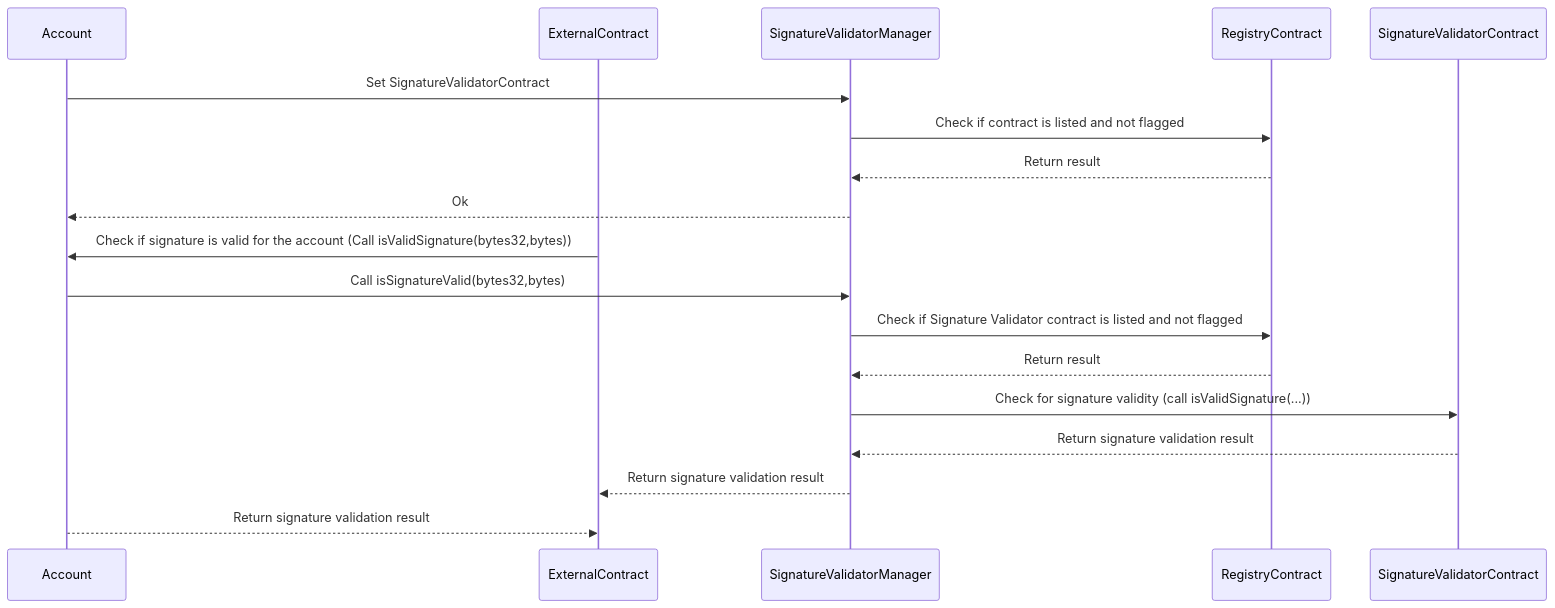
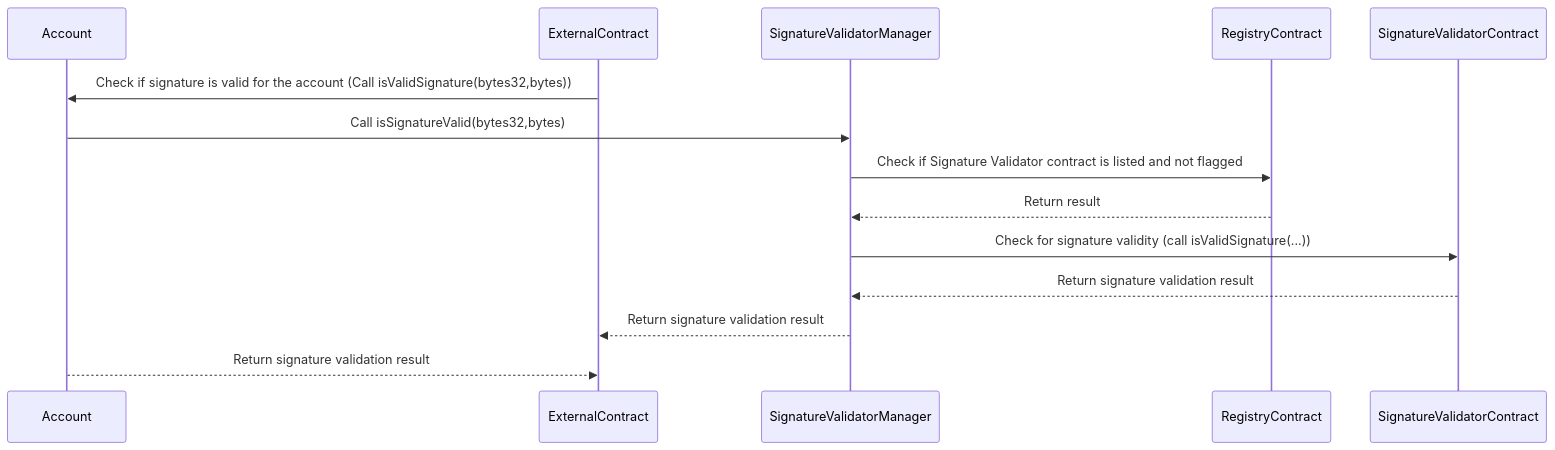
The second of 2 diagrams in modules/README.md (5afe/safe-core-protocol-specs), drawn with Mermaid before and after one commit. The commit also changed other lines of this file, not shown here.

Commit message:
[#43] Add a separate diagram for adding signature validator

````diff
--- a/modules/README.md
+++ b/modules/README.md
@@ -179,21 +198,17 @@
 ```mermaid
 sequenceDiagram
 	participant Account
 	participant ExternalContract
 	participant SignatureValidatorManager
 	participant RegistryContract
 	participant SignatureValidatorContract
 
-	Account->>SignatureValidatorManager: Set SignatureValidatorContract
-		SignatureValidatorManager->>RegistryContract: Check if contract is listed and not flagged
-		RegistryContract-->>SignatureValidatorManager: Return result
-    SignatureValidatorManager-->>Account: Ok
 	ExternalContract->>Account: Check if signature is valid for the account (Call isValidSignature(bytes32,bytes))
     Account->>SignatureValidatorManager: Call isSignatureValid(bytes32,bytes)
 	SignatureValidatorManager->>RegistryContract: Check if Signature Validator contract is listed and not flagged
 	RegistryContract-->>SignatureValidatorManager: Return result
 	SignatureValidatorManager->>SignatureValidatorContract: Check for signature validity (call isValidSignature(...))
 	SignatureValidatorContract-->>SignatureValidatorManager: Return signature validation result
 	SignatureValidatorManager-->>ExternalContract: Return signature validation result
     Account-->>ExternalContract: Return signature validation result
 ```
````
